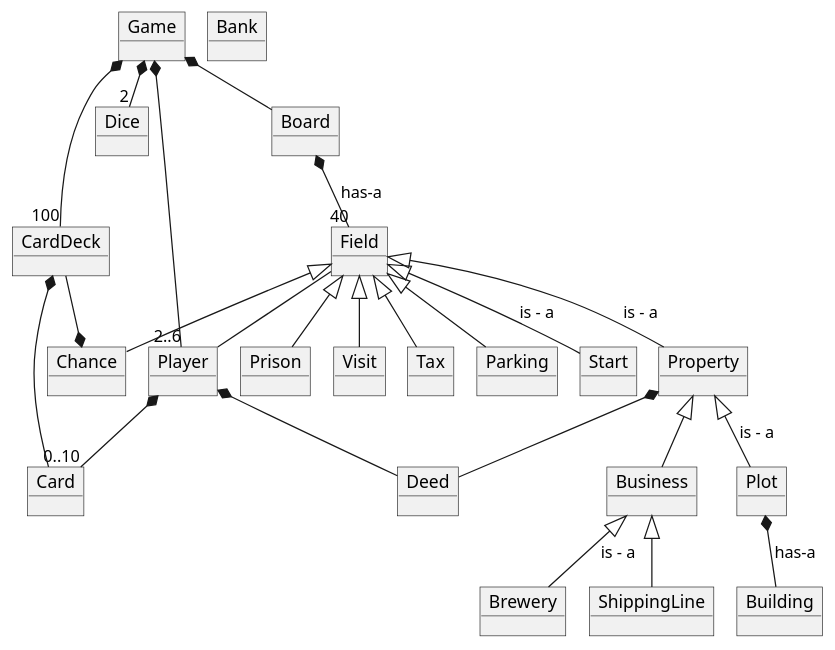
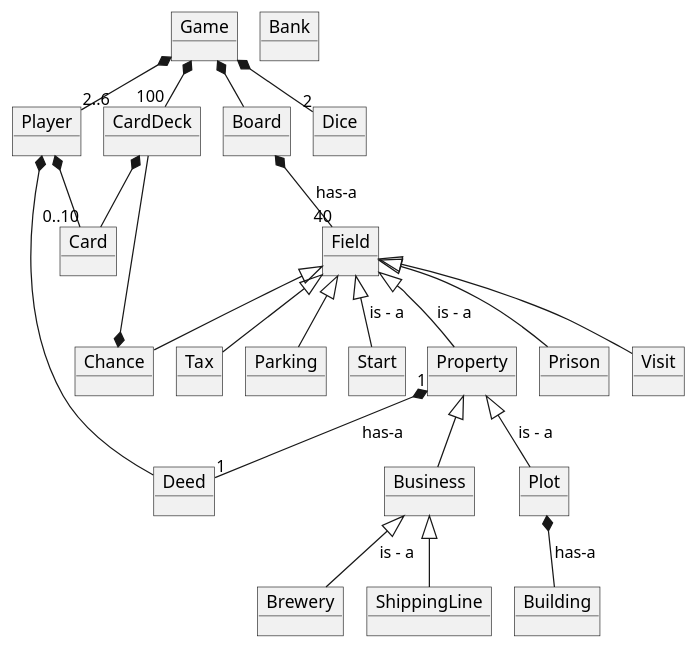
Before and after one commit to Dat1Cphbusiness/MonopolyF26: the diagram in doc/domainmodel.puml, drawn with PlantUML. The commit also changed 1 other file, not shown here.

```diff
--- a/doc/domainmodel.puml
+++ b/doc/domainmodel.puml
@@ -1,57 +1,57 @@
 @startuml
 !pragma layout smetana
 
 'nyt: carddeck - card
 
 object Game
 object Player
 object Dice
 object CardDeck
 object Card
 object Board
 object Field
 object Property
 object Prison
 object Visit
 object Tax
 object Parking
 object Start
 object Chance
 object ShippingLine
 object Brewery
 object Building
 object Deed
 object Bank
 object Business
 object Plot
 
 Game *-- Board
 Game *-- "2..6" Player
 
 Game *-- "2" Dice
 Board *-- "40" Field : has-a
 
 Plot *-- Building: has-a
-Property *-- Deed
+Property "1" *-- "1" Deed : has-a
 Player *-- Deed
 Business <|-- ShippingLine
 Business <|-- Brewery : is - a
 
 Field <|-- Property : is - a
 Field <|-- Start : is - a
 Field <|-- Chance
 Field <|-- Parking
 Field <|-- Tax
 Field <|-- Prison
 Field <|-- Visit
 
-Field -- Player
+
 CardDeck --* Chance
 Property <|-- Business
 Property <|-- Plot: is - a
 Game  *-- "100" CardDeck
 Player *-- "0..10" Card
 CardDeck *-- Card
 
 
 @enduml
```
